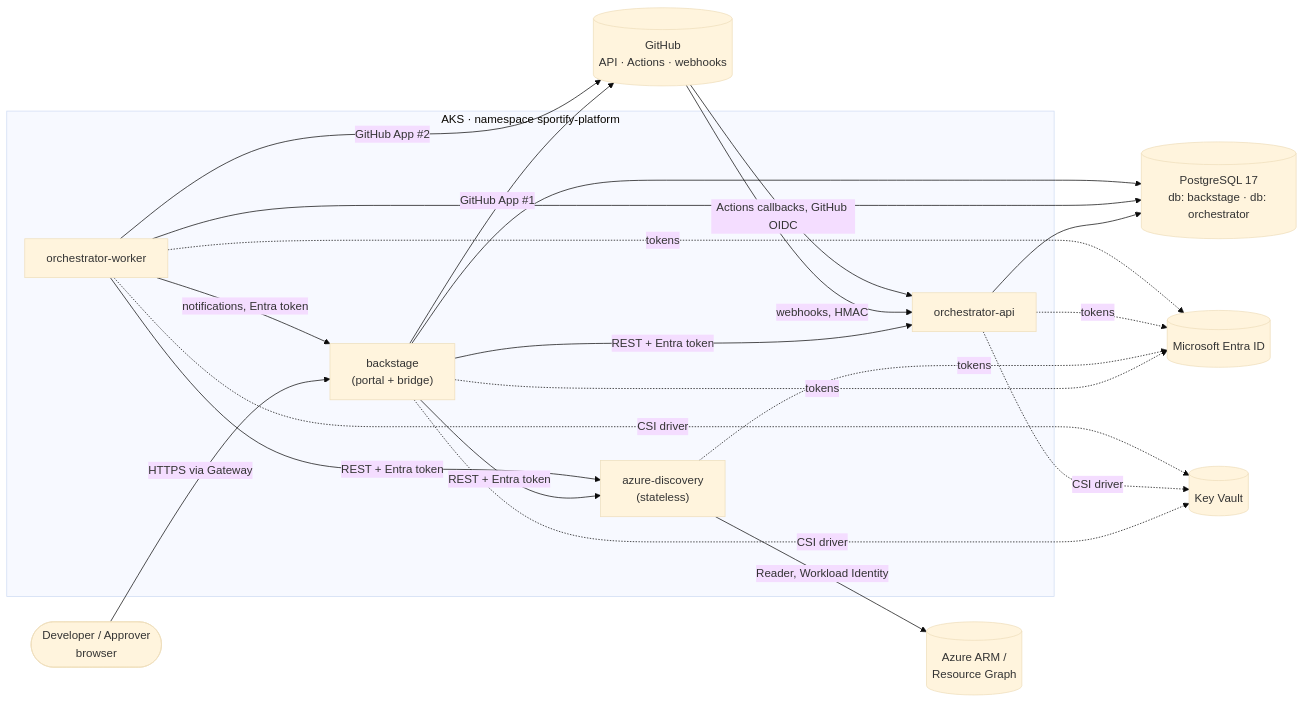
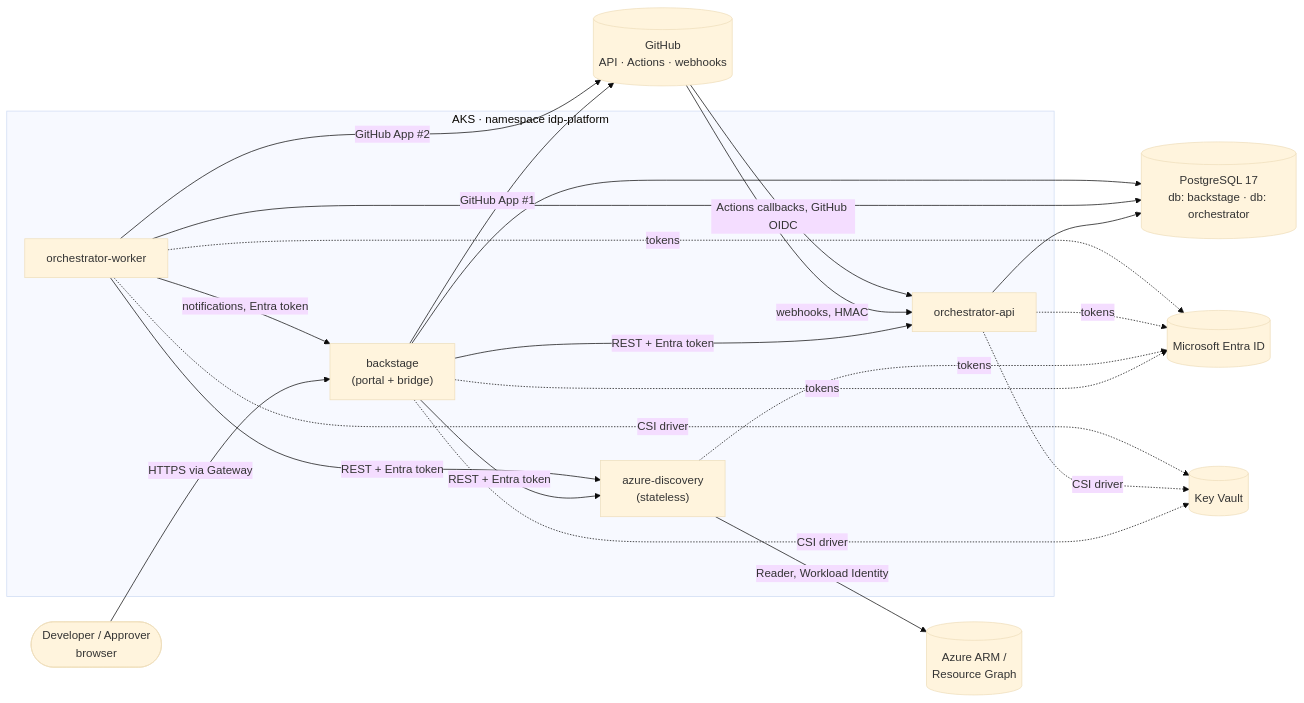
Before and after one commit to nixvarghese01/azure-backstage-goldenpath: the first of 2 diagrams in docs/architecture/microservices.md, drawn with Mermaid (base theme). The commit also changed other lines of this file and 183 other files, not shown here.

````diff
--- a/docs/architecture/microservices.md
+++ b/docs/architecture/microservices.md
@@ -29,32 +29,32 @@
 ```mermaid
 flowchart LR
     Dev([Developer / Approver<br/>browser])
 
-    subgraph AKS["AKS · namespace sportify-platform"]
+    subgraph AKS["AKS · namespace idp-platform"]
         BS["backstage<br/>(portal + bridge)"]
         DISC["azure-discovery<br/>(stateless)"]
         OAPI["orchestrator-api"]
         OWRK["orchestrator-worker"]
     end
 
     PG[("PostgreSQL 17<br/>db: backstage · db: orchestrator")]
     KV[(Key Vault)]
     GH[(GitHub<br/>API · Actions · webhooks)]
     ARM[(Azure ARM /<br/>Resource Graph)]
     ENTRA[(Microsoft Entra ID)]
 
     Dev -- HTTPS via Gateway --> BS
     BS -- REST + Entra token --> DISC
     BS -- REST + Entra token --> OAPI
     OWRK -- REST + Entra token --> DISC
     OAPI & OWRK --> PG
     BS --> PG
     DISC -- Reader, Workload Identity --> ARM
     BS -- GitHub App #1 --> GH
     OWRK -- GitHub App #2 --> GH
     GH -- webhooks, HMAC --> OAPI
     GH -- Actions callbacks, GitHub OIDC --> OAPI
     OWRK -- notifications, Entra token --> BS
     BS & DISC & OAPI & OWRK -. tokens .-> ENTRA
     BS & OAPI & OWRK -. CSI driver .-> KV
 ```
````
